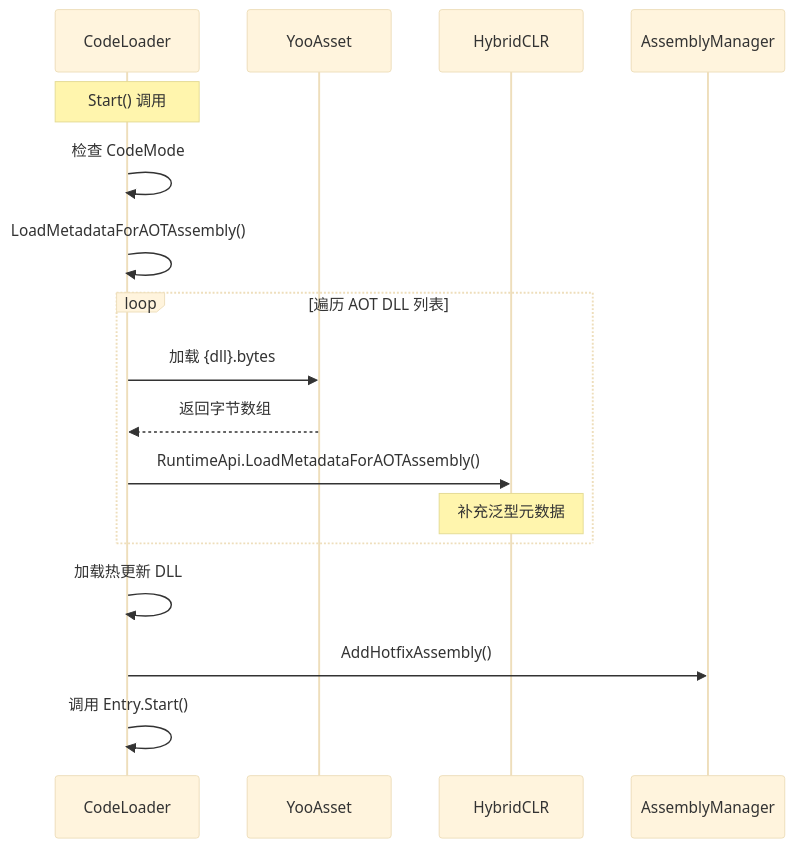
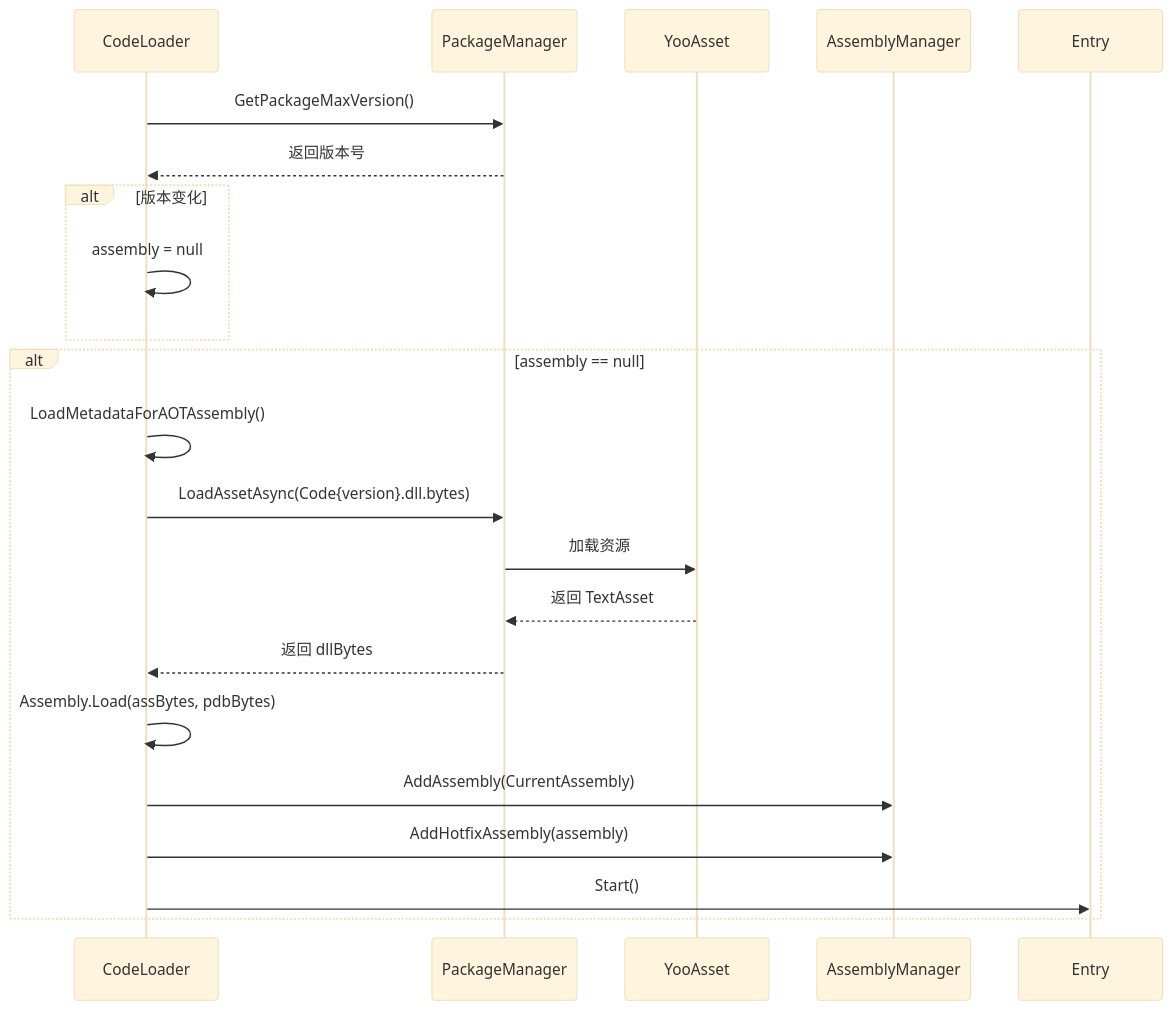
Before and after one commit to acsta/Container: the second of 4 diagrams in Assets/Scripts/Mono/Module/CodeLoader/CodeLoader.cs.md, drawn with Mermaid (base theme). The commit also changed other lines of this file and 11 other files, not shown here.

````diff
--- a/Assets/Scripts/Mono/Module/CodeLoader/CodeLoader.cs.md
+++ b/Assets/Scripts/Mono/Module/CodeLoader/CodeLoader.cs.md
@@ -303,22 +242,28 @@
 ```mermaid
 sequenceDiagram
     participant CL as CodeLoader
+    participant PM as PackageManager
     participant YA as YooAsset
-    participant HC as HybridCLR
     participant AM as AssemblyManager
+    participant Entry as Entry
+
+    CL->>PM: GetPackageMaxVersion()
+    PM-->>CL: 返回版本号
     
-    Note over CL: Start() 调用
-    CL->>CL: 检查 CodeMode
-    CL->>CL: LoadMetadataForAOTAssembly()
-    
-    loop 遍历 AOT DLL 列表
-        CL->>YA: 加载 {dll}.bytes
-        YA-->>CL: 返回字节数组
-        CL->>HC: RuntimeApi.LoadMetadataForAOTAssembly()
-        Note over HC: 补充泛型元数据
+    alt 版本变化
+        CL->>CL: assembly = null
     end
     
-    CL->>CL: 加载热更新 DLL
-    CL->>AM: AddHotfixAssembly()
-    CL->>CL: 调用 Entry.Start()
+    alt assembly == null
+        CL->>CL: LoadMetadataForAOTAssembly()
+        CL->>PM: LoadAssetAsync(Code{version}.dll.bytes)
+        PM->>YA: 加载资源
+        YA-->>PM: 返回 TextAsset
+        PM-->>CL: 返回 dllBytes
+        
+        CL->>CL: Assembly.Load(assBytes, pdbBytes)
+        CL->>AM: AddAssembly(CurrentAssembly)
+        CL->>AM: AddHotfixAssembly(assembly)
+        CL->>Entry: Start()
+    end
 ```
````
